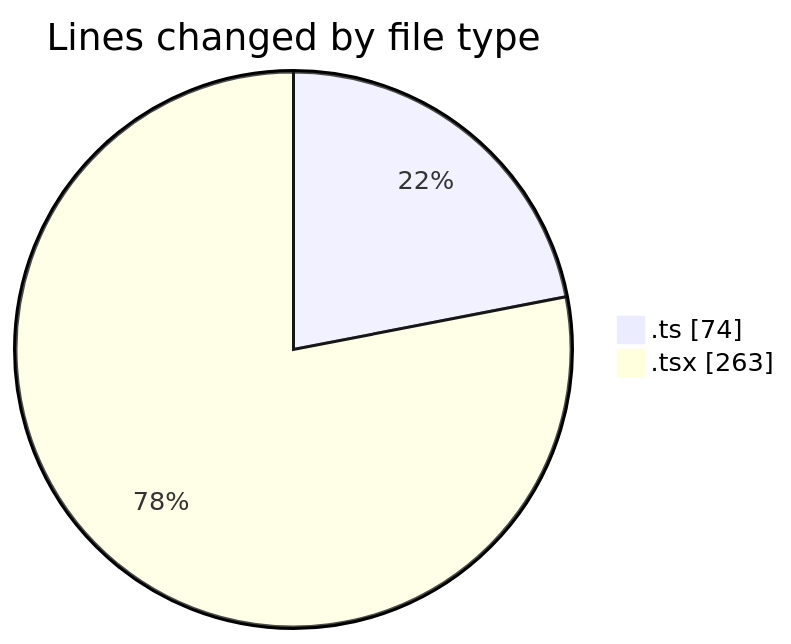
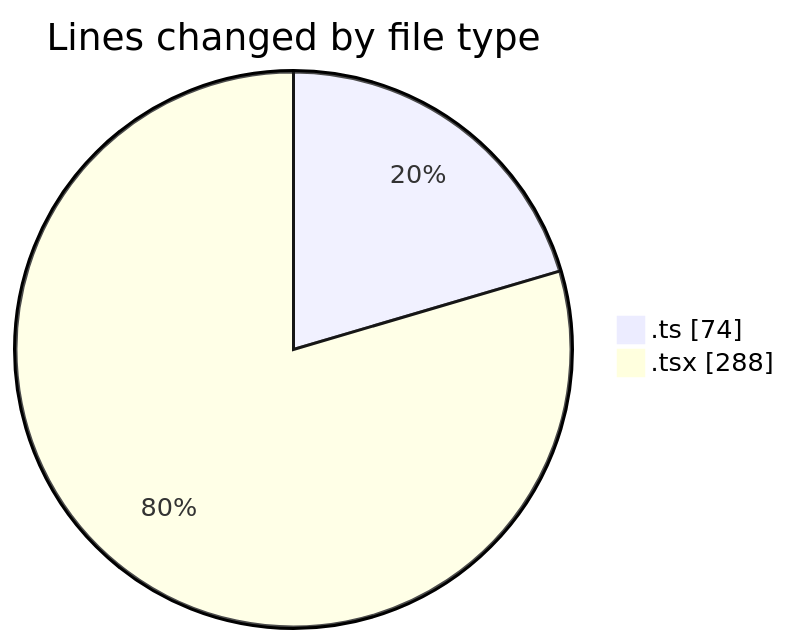
Before and after one commit to robertbonfada/code-tracking: the first of 2 diagrams in 2025-01-25/termonied-web/README.md, drawn with Mermaid. The commit also changed other lines of this file and 1 other file, not shown here.

````diff
--- a/2025-01-25/termonied-web/README.md
+++ b/2025-01-25/termonied-web/README.md
@@ -21,6 +21,6 @@
 ```mermaid
 pie showData
 title Lines changed by file type
 ".ts" : 74
-".tsx" : 263
+".tsx" : 288
 ```
````
